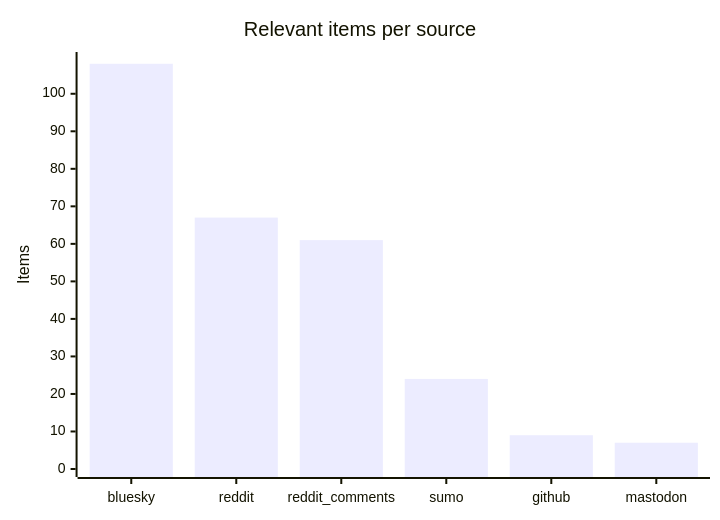
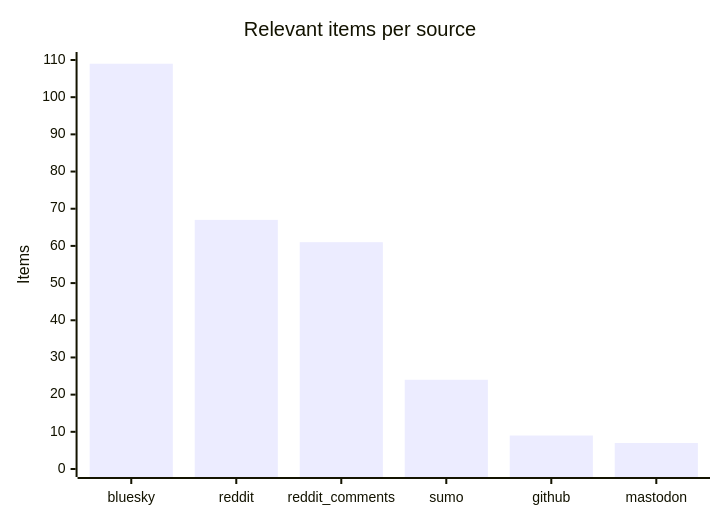
One commit to martinbalfanz/social-scanner-reports changed the third of 4 diagrams in README.md. Above: the diagram before and after it, drawn with Mermaid. The commit also changed other lines of this file and 2 other files, not shown here.

````diff
--- a/README.md
+++ b/README.md
@@ -48,7 +48,7 @@
 ```mermaid
 xychart-beta
     title "Relevant items per source"
     x-axis ["bluesky", "reddit", "reddit_comments", "sumo", "github", "mastodon"]
-    y-axis "Items" 0 --> 109
-    bar [108, 67, 61, 24, 9, 7]
+    y-axis "Items" 0 --> 110
+    bar [109, 67, 61, 24, 9, 7]
 ```
````
